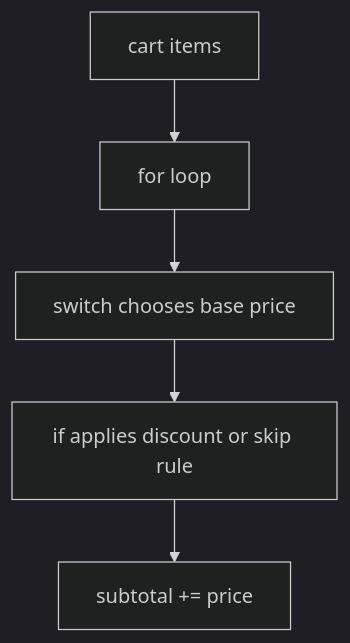
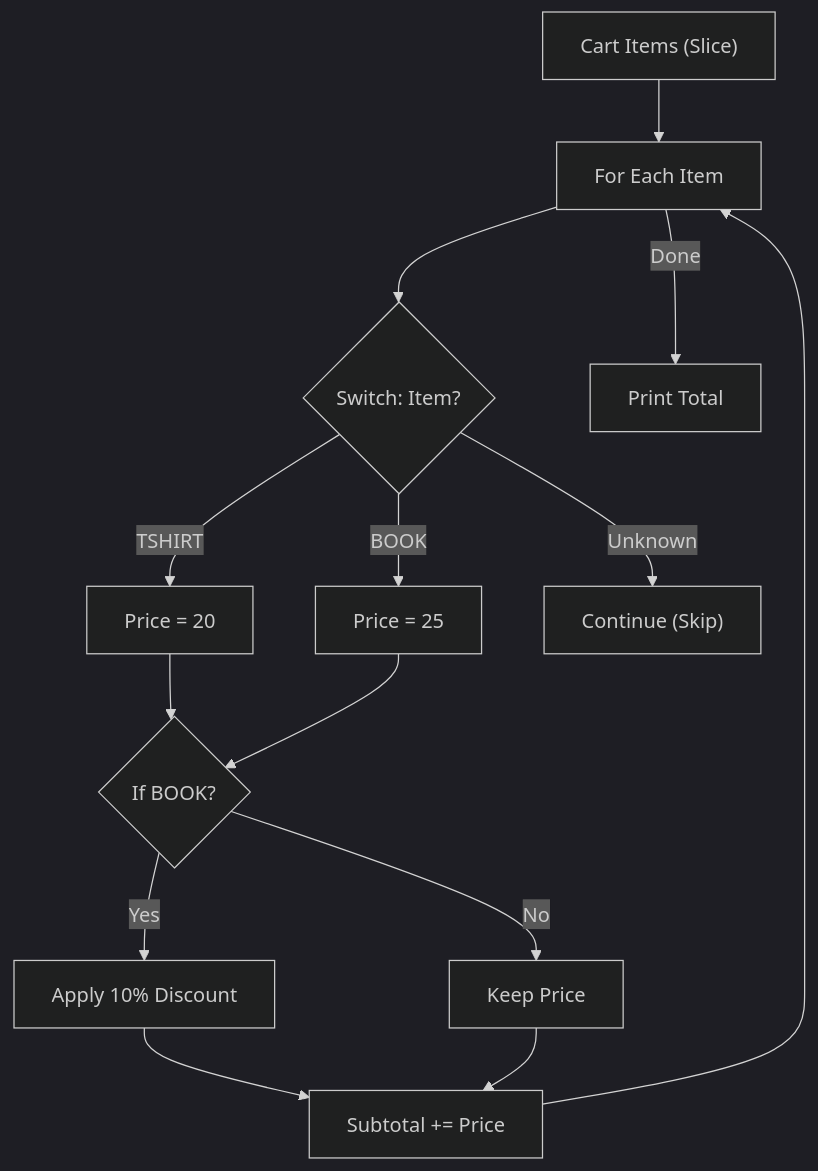
One commit to rasel9t6/the-go-engineer changed the diagram in 02-language-basics/03-control-flow/7-pricing-checkout/README.md. Above: the diagram before and after it, drawn with Mermaid (dark theme). The commit also changed other lines of this file and 36 other files, not shown here.

````diff
--- a/02-language-basics/03-control-flow/7-pricing-checkout/README.md
+++ b/02-language-basics/03-control-flow/7-pricing-checkout/README.md
@@ -32,7 +28,16 @@
 ```mermaid
 graph TD
-    A["cart items"] --> B["for loop"]
-    B --> C["switch chooses base price"]
-    C --> D["if applies discount or skip rule"]
-    D --> E["subtotal += price"]
+    A["Cart Items (Slice)"] --> B["For Each Item"]
+    B --> C{Switch: Item?}
+    C -->|TSHIRT| D["Price = 20"]
+    C -->|BOOK| E["Price = 25"]
+    C -->|Unknown| F["Continue (Skip)"]
+    D --> G{If BOOK?}
+    E --> G
+    G -- "Yes" --> H["Apply 10% Discount"]
+    G -- "No" --> I["Keep Price"]
+    H --> J["Subtotal += Price"]
+    I --> J
+    J --> B
+    B -- "Done" --> K["Print Total"]
 ```
````
